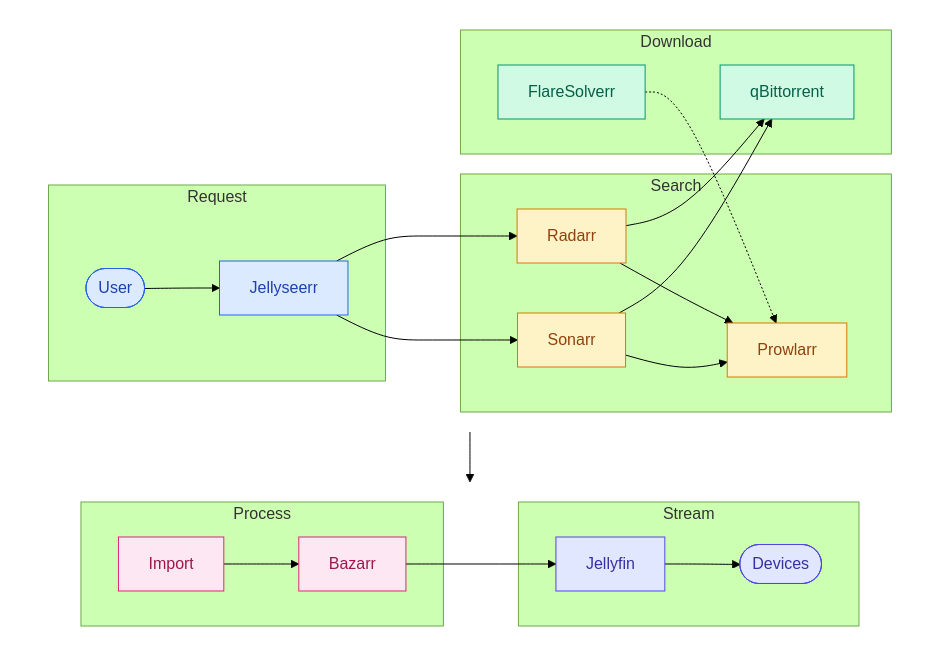
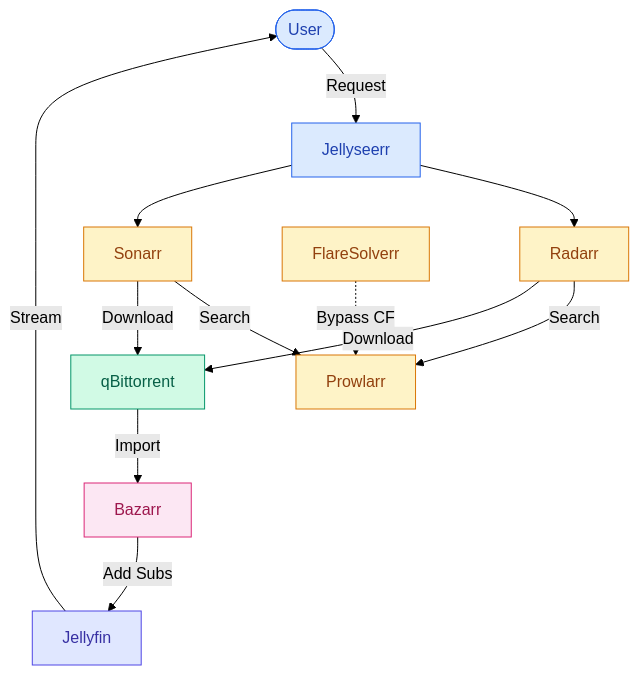
Before and after one commit to Mykyta-Home-Server/homeserver: the second of 4 diagrams in docs-site/src/content/docs/guides/introduction.mdx, drawn with Mermaid (forest theme). The commit also changed other lines of this file and 2 other files, not shown here.

First line of the commit message:
Redesign all Mermaid diagrams: square layouts with compact labels

````diff
--- a/docs-site/src/content/docs/guides/introduction.mdx
+++ b/docs-site/src/content/docs/guides/introduction.mdx
@@ -69,61 +69,38 @@
 ```mermaid
 flowchart TB
-    subgraph row1[" "]
-        direction LR
-        subgraph Request
-            User([User])
-            Jellyseerr[Jellyseerr]
-        end
+    User([User])
+    Jellyseerr[Jellyseerr]
+    Radarr[Radarr]
 
-        subgraph Search
-            Radarr[Radarr]
-            Sonarr[Sonarr]
-            Prowlarr[Prowlarr]
-        end
+    Sonarr[Sonarr]
+    Prowlarr[Prowlarr]
+    qBit[qBittorrent]
 
-        subgraph Download
-            qBit[qBittorrent]
-            Flare[FlareSolverr]
-        end
-    end
+    FlareSolverr[FlareSolverr]
+    Bazarr[Bazarr]
+    Jellyfin[Jellyfin]
 
-    subgraph row2[" "]
-        direction LR
-        subgraph Process
-            Import[Import]
-            Bazarr[Bazarr]
-        end
-
-        subgraph Stream
-            Jellyfin[Jellyfin]
-            Devices([Devices])
-        end
-    end
-
-    User --> Jellyseerr
+    User -->|Request| Jellyseerr
     Jellyseerr --> Radarr
     Jellyseerr --> Sonarr
-    Radarr --> Prowlarr
-    Sonarr --> Prowlarr
-    Radarr --> qBit
-    Sonarr --> qBit
-    Flare -.-> Prowlarr
-    qBit --> Import
-    Import --> Bazarr
-    Bazarr --> Jellyfin
-    Jellyfin --> Devices
+    Radarr -->|Search| Prowlarr
+    Sonarr -->|Search| Prowlarr
+    Radarr -->|Download| qBit
+    Sonarr -->|Download| qBit
+    FlareSolverr -.->|Bypass CF| Prowlarr
+    qBit -->|Import| Bazarr
+    Bazarr -->|Add Subs| Jellyfin
+    Jellyfin -->|Stream| User
 
     classDef request fill:#dbeafe,stroke:#2563eb,color:#1e40af
     classDef search fill:#fef3c7,stroke:#d97706,color:#92400e
     classDef download fill:#d1fae5,stroke:#059669,color:#065f46
-    classDef process fill:#fce7f3,stroke:#db2777,color:#9d174d
+    classDef subtitle fill:#fce7f3,stroke:#db2777,color:#9d174d
     classDef stream fill:#e0e7ff,stroke:#4f46e5,color:#3730a3
-    classDef invisible fill:none,stroke:none
 
     class User,Jellyseerr request
-    class Radarr,Sonarr,Prowlarr search
-    class qBit,Flare download
-    class Import,Bazarr process
-    class Jellyfin,Devices stream
-    class row1,row2 invisible
+    class Radarr,Sonarr,Prowlarr,FlareSolverr search
+    class qBit download
+    class Bazarr subtitle
+    class Jellyfin stream
 ```
````
